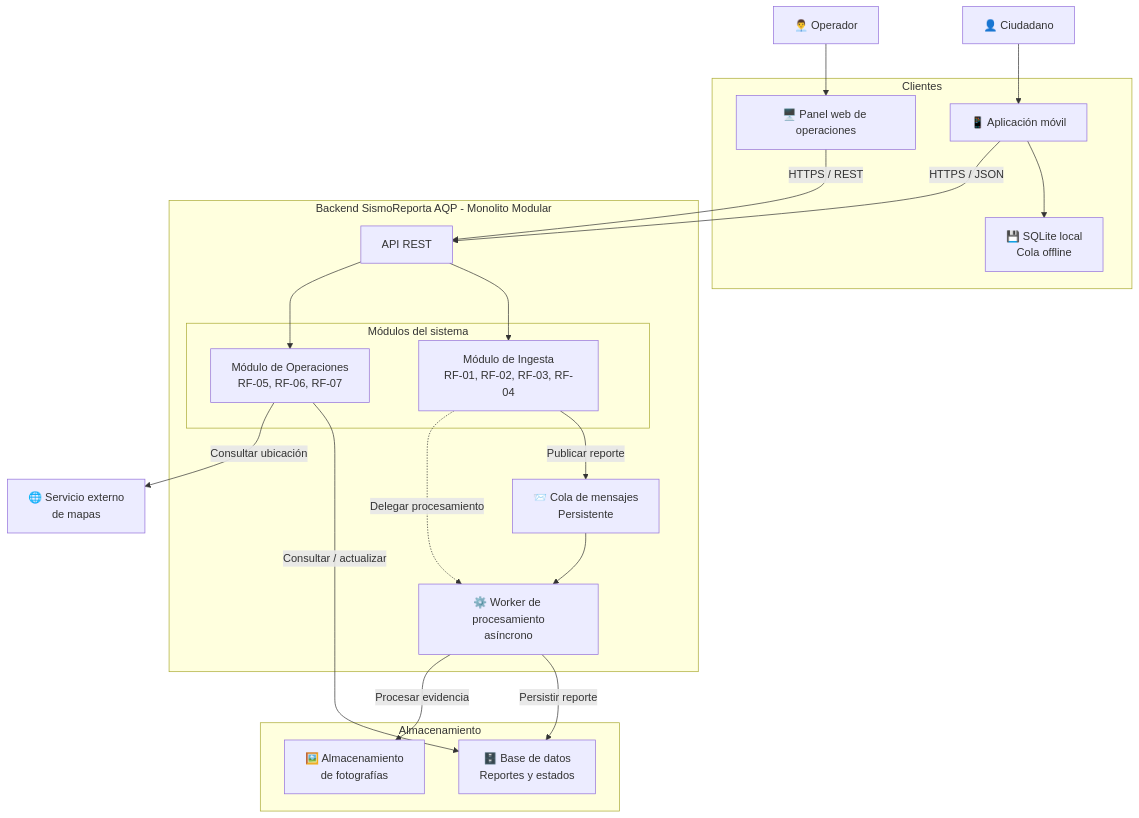
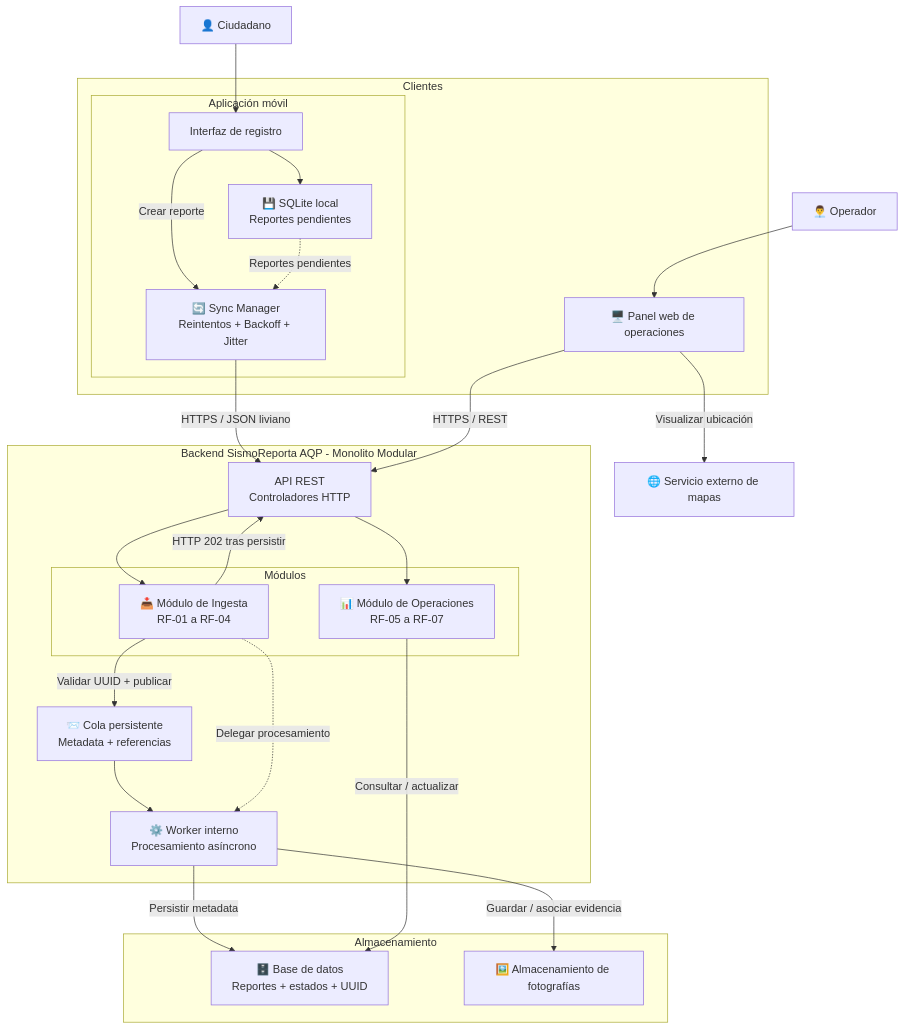
The diagram in docs/architecture/diagramas/arquitectura.mmd (JosueClaudioQP/cs-2026b-lab04-SismoReportaAQP-), drawn with Mermaid before and after one commit. The commit also changed 2 other files, not shown here.

Commit message:
E3: diagrama Mermaid

```diff
--- a/docs/architecture/diagramas/arquitectura.mmd
+++ b/docs/architecture/diagramas/arquitectura.mmd
@@ -1,106 +1,128 @@
 flowchart TB
 
-    %% =========================
+    %% ==========================================
     %% ACTORES
-    %% =========================
+    %% ==========================================
 
     Ciudadano["👤 Ciudadano"]
     Operador["👨‍💼 Operador"]
 
-    %% =========================
+    %% ==========================================
     %% CLIENTES
-    %% =========================
+    %% ==========================================
 
     subgraph CLIENTES["Clientes"]
-        AppMovil["📱 Aplicación móvil"]
-        SQLite["💾 SQLite local<br/>Cola offline"]
+
+        subgraph MOVIL["Aplicación móvil"]
+
+            UI["Interfaz de registro"]
+            Sync["🔄 Sync Manager<br/>Reintentos + Backoff + Jitter"]
+            SQLite["💾 SQLite local<br/>Reportes pendientes"]
+
+        end
+
         PanelWeb["🖥️ Panel web de operaciones"]
+
     end
 
-    %% =========================
+    %% ==========================================
     %% BACKEND
-    %% =========================
+    %% ==========================================
 
     subgraph BACKEND["Backend SismoReporta AQP - Monolito Modular"]
 
-        API["API REST"]
+        API["API REST<br/>Controladores HTTP"]
 
-        subgraph MODULOS["Módulos del sistema"]
+        subgraph MODULOS["Módulos"]
 
-            Ingesta["Módulo de Ingesta<br/>RF-01, RF-02, RF-03, RF-04"]
+            Ingesta["📥 Módulo de Ingesta<br/>RF-01 a RF-04"]
 
-            Operaciones["Módulo de Operaciones<br/>RF-05, RF-06, RF-07"]
+            Operaciones["📊 Módulo de Operaciones<br/>RF-05 a RF-07"]
 
         end
 
-        Cola["📨 Cola de mensajes<br/>Persistente"]
+        Cola["📨 Cola persistente<br/>Metadata + referencias"]
 
-        Worker["⚙️ Worker de procesamiento<br/>asíncrono"]
+        Worker["⚙️ Worker interno<br/>Procesamiento asíncrono"]
 
     end
 
-    %% =========================
-    %% DATOS
-    %% =========================
+    %% ==========================================
+    %% ALMACENAMIENTO
+    %% ==========================================
 
     subgraph DATOS["Almacenamiento"]
 
-        BD["🗄️ Base de datos<br/>Reportes y estados"]
+        BD["🗄️ Base de datos<br/>Reportes + estados + UUID"]
 
-        Evidencias["🖼️ Almacenamiento<br/>de fotografías"]
+        Fotos["🖼️ Almacenamiento de fotografías"]
 
     end
 
-    %% =========================
+    %% ==========================================
     %% SERVICIO EXTERNO
-    %% =========================
+    %% ==========================================
 
-    Mapas["🌐 Servicio externo<br/>de mapas"]
+    Mapas["🌐 Servicio externo de mapas"]
 
-    %% =========================
-    %% FLUJO CIUDADANO
-    %% =========================
+    %% ==========================================
+    %% CIUDADANO
+    %% ==========================================
 
-    Ciudadano --> AppMovil
+    Ciudadano --> UI
 
-    AppMovil --> SQLite
+    UI --> SQLite
 
-    AppMovil -->|"HTTPS / JSON"| API
+    UI -->|"Crear reporte"| Sync
 
-    %% =========================
-    %% INGESTA
-    %% =========================
+    Sync -->|"HTTPS / JSON liviano"| API
+
+    %% ==========================================
+    %% SINCRONIZACIÓN OFFLINE
+    %% ==========================================
+
+    SQLite -.->|"Reportes pendientes"| Sync
+
+    %% ==========================================
+    %% API Y MÓDULO DE INGESTA
+    %% ==========================================
 
     API --> Ingesta
 
-    Ingesta -->|"Publicar reporte"| Cola
+    Ingesta -->|"Validar UUID + publicar"| Cola
+
+    Ingesta -->|"HTTP 202 tras persistir"| API
+
+    %% ==========================================
+    %% PROCESAMIENTO ASÍNCRONO
+    %% ==========================================
 
     Cola --> Worker
 
-    Worker -->|"Persistir reporte"| BD
+    Worker -->|"Persistir metadata"| BD
 
-    Worker -->|"Procesar evidencia"| Evidencias
+    Worker -->|"Guardar / asociar evidencia"| Fotos
 
-    %% =========================
+    %% ==========================================
     %% OPERACIONES
-    %% =========================
+    %% ==========================================
 
     Operador --> PanelWeb
 
     PanelWeb -->|"HTTPS / REST"| API
 
     API --> Operaciones
 
     Operaciones -->|"Consultar / actualizar"| BD
 
-    %% =========================
-    %% SERVICIO EXTERNO
-    %% =========================
+    %% ==========================================
+    %% MAPAS
+    %% ==========================================
 
-    Operaciones -->|"Consultar ubicación"| Mapas
+    PanelWeb -->|"Visualizar ubicación"| Mapas
 
-    %% =========================
-    %% DEPENDENCIAS INTERNAS
-    %% =========================
+    %% ==========================================
+    %% RELACIONES INTERNAS
+    %% ==========================================
 
     Ingesta -.->|"Delegar procesamiento"| Worker
```
